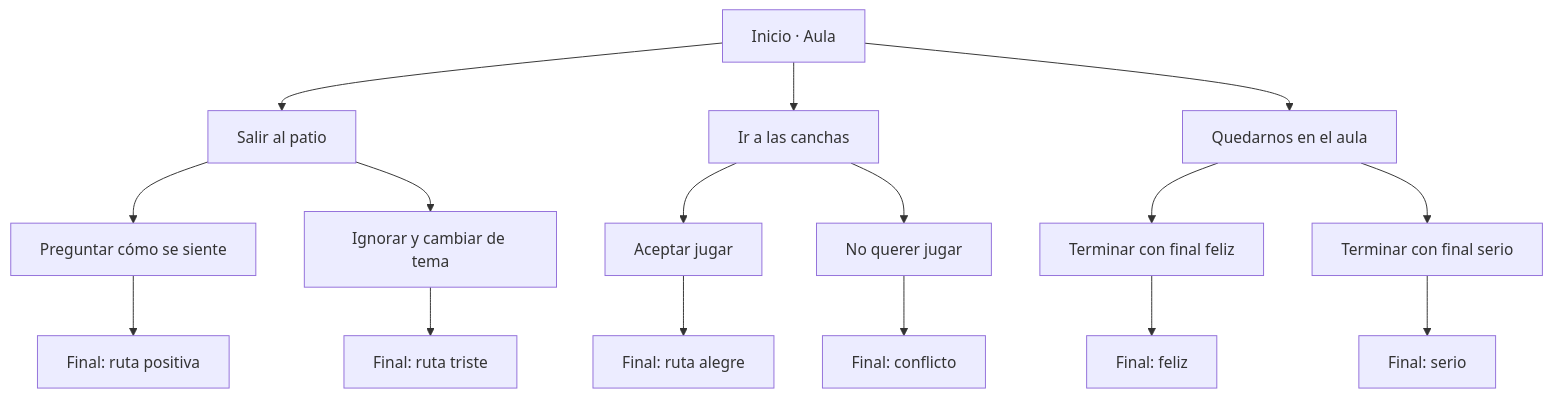
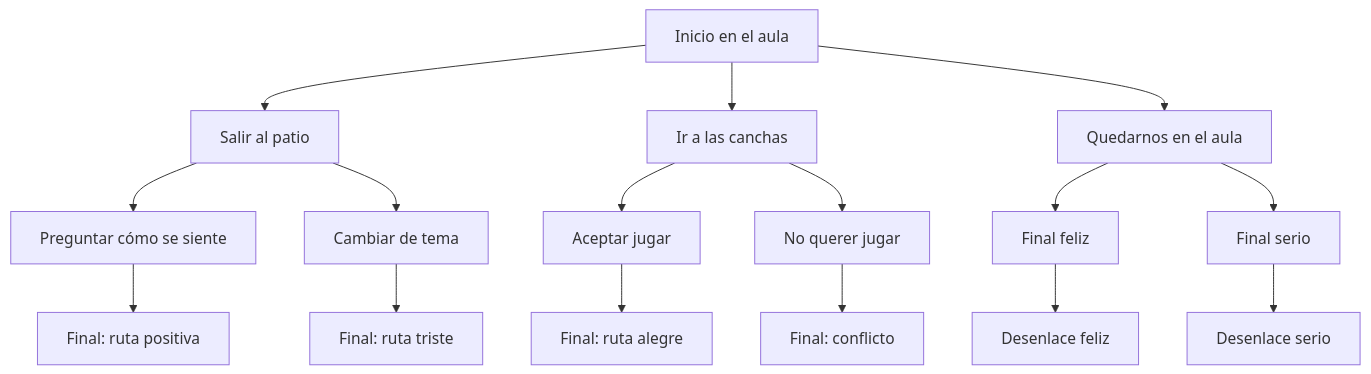
One commit to isaiassolis/unity-visual-novel-workshop changed the diagram in README.md. Above: the diagram before and after it, drawn with Mermaid. The commit also changed other lines of this file, not shown here.

````diff
--- a/README.md
+++ b/README.md
@@ -37,18 +31,18 @@
 ```mermaid
 flowchart TD
-    I["Inicio · Aula"] --> P["Salir al patio"]
-    I --> C["Ir a las canchas"]
-    I --> A["Quedarnos en el aula"]
-    P --> P1["Preguntar cómo se siente"]
-    P --> P2["Ignorar y cambiar de tema"]
-    P1 --> F1["Final: ruta positiva"]
-    P2 --> F2["Final: ruta triste"]
-    C --> C1["Aceptar jugar"]
-    C --> C2["No querer jugar"]
-    C1 --> F3["Final: ruta alegre"]
-    C2 --> F4["Final: conflicto"]
-    A --> A1["Terminar con final feliz"]
-    A --> A2["Terminar con final serio"]
-    A1 --> F5["Final: feliz"]
-    A2 --> F6["Final: serio"]
+  I["Inicio en el aula"] --> P["Salir al patio"]
+  I --> C["Ir a las canchas"]
+  I --> A["Quedarnos en el aula"]
+  P --> P1["Preguntar cómo se siente"]
+  P --> P2["Cambiar de tema"]
+  P1 --> F1["Final: ruta positiva"]
+  P2 --> F2["Final: ruta triste"]
+  C --> C1["Aceptar jugar"]
+  C --> C2["No querer jugar"]
+  C1 --> F3["Final: ruta alegre"]
+  C2 --> F4["Final: conflicto"]
+  A --> A1["Final feliz"]
+  A --> A2["Final serio"]
+  A1 --> F5["Desenlace feliz"]
+  A2 --> F6["Desenlace serio"]
 ```
````
